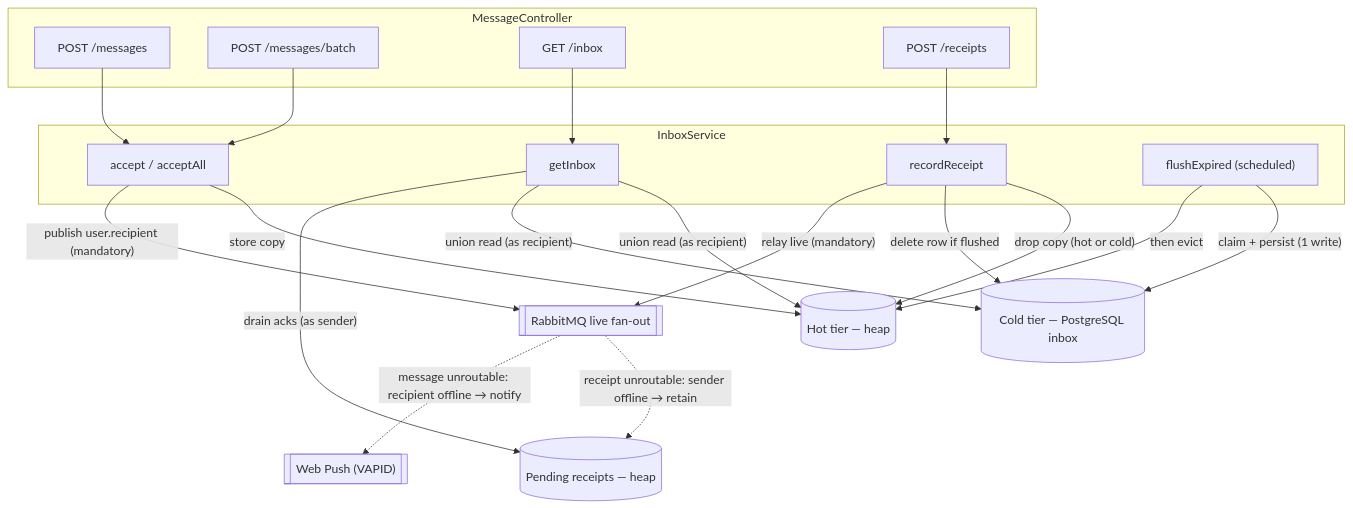
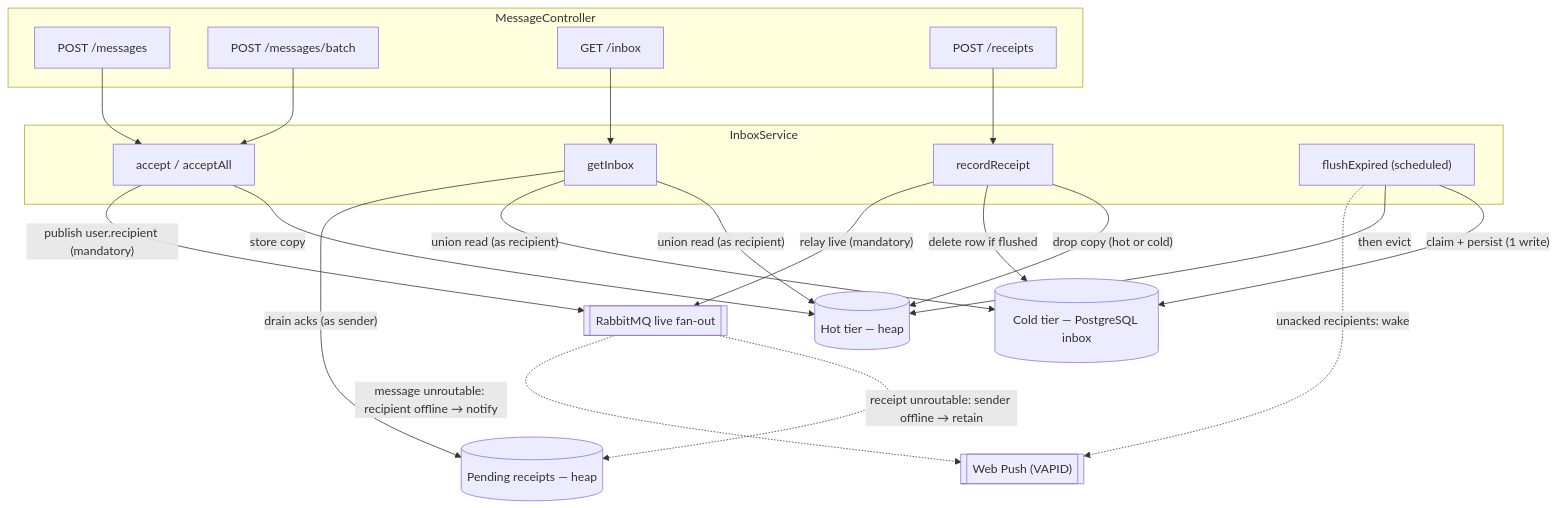
One commit to olshanskyev/fourletters-meta changed the first of 4 diagrams in doc/algorithms/messages-lifecycle.md. Above: the diagram before and after it, drawn with Mermaid. The commit also changed other lines of this file, not shown here.

Commit message:
fix: push at cold tier sink time

````diff
--- a/doc/algorithms/messages-lifecycle.md
+++ b/doc/algorithms/messages-lifecycle.md
@@ -29,43 +29,44 @@
 ```mermaid
 flowchart TD
     subgraph Controller [MessageController]
         P1["POST /messages"]
         P2["POST /messages/batch"]
         G1["GET /inbox"]
         R1["POST /receipts"]
     end
 
     subgraph Service [InboxService]
         Acc["accept / acceptAll"]
         Inb["getInbox"]
         Rec["recordReceipt"]
         Flush["flushExpired (scheduled)"]
     end
 
     Hot[("Hot tier — heap")]
     Cold[("Cold tier — PostgreSQL inbox")]
     PR[("Pending receipts — heap")]
     MQ[["RabbitMQ live fan-out"]]
     Push[["Web Push (VAPID)"]]
 
     P1 --> Acc
     P2 --> Acc
     G1 --> Inb
     R1 --> Rec
 
     Acc -->|store copy| Hot
     Acc -->|"publish user.recipient (mandatory)"| MQ
 
     Flush -->|"claim + persist (1 write)"| Cold
     Flush -->|then evict| Hot
+    Flush -.->|"unacked recipients: wake"| Push
 
     Rec -->|"drop copy (hot or cold)"| Hot
     Rec -->|"delete row if flushed"| Cold
     Rec -->|"relay live (mandatory)"| MQ
     MQ -.->|"receipt unroutable: sender offline → retain"| PR
     MQ -.->|"message unroutable: recipient offline → notify"| Push
 
     Inb -->|"union read (as recipient)"| Hot
     Inb -->|"union read (as recipient)"| Cold
     Inb -->|"drain acks (as sender)"| PR
 ```
````
